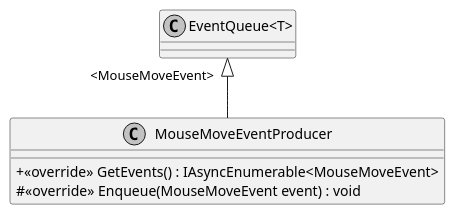
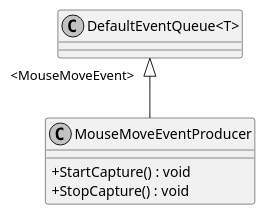
Before and after one commit to insightmind/MORR: the diagram in application/plantuml/Modules/Mouse/Producers/MouseMoveEventProducer.puml, drawn with PlantUML. The commit also changed 165 other files, not shown here.

```diff
--- a/application/plantuml/Modules/Mouse/Producers/MouseMoveEventProducer.puml
+++ b/application/plantuml/Modules/Mouse/Producers/MouseMoveEventProducer.puml
@@ -1,12 +1,11 @@
 @startuml
 skinparam monochrome true
 skinparam ClassAttributeIconSize 0
-
 class MouseMoveEventProducer {
-    + <<override>> GetEvents() : IAsyncEnumerable<MouseMoveEvent>
-    # <<override>> Enqueue(MouseMoveEvent event) : void
+    + StartCapture() : void
+    + StopCapture() : void
 }
-class "EventQueue<T>" {
+class "DefaultEventQueue<T>" {
 }
-"EventQueue<T>" "<MouseMoveEvent>" <|-- MouseMoveEventProducer
+"DefaultEventQueue<T>" "    <MouseMoveEvent>" <|-- MouseMoveEventProducer
 @enduml
```
